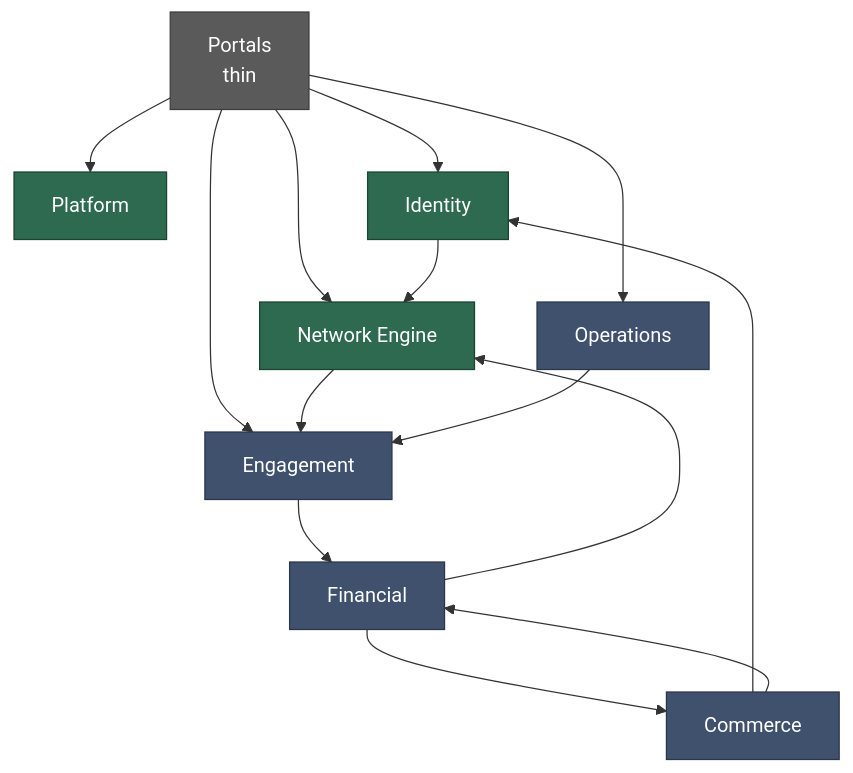
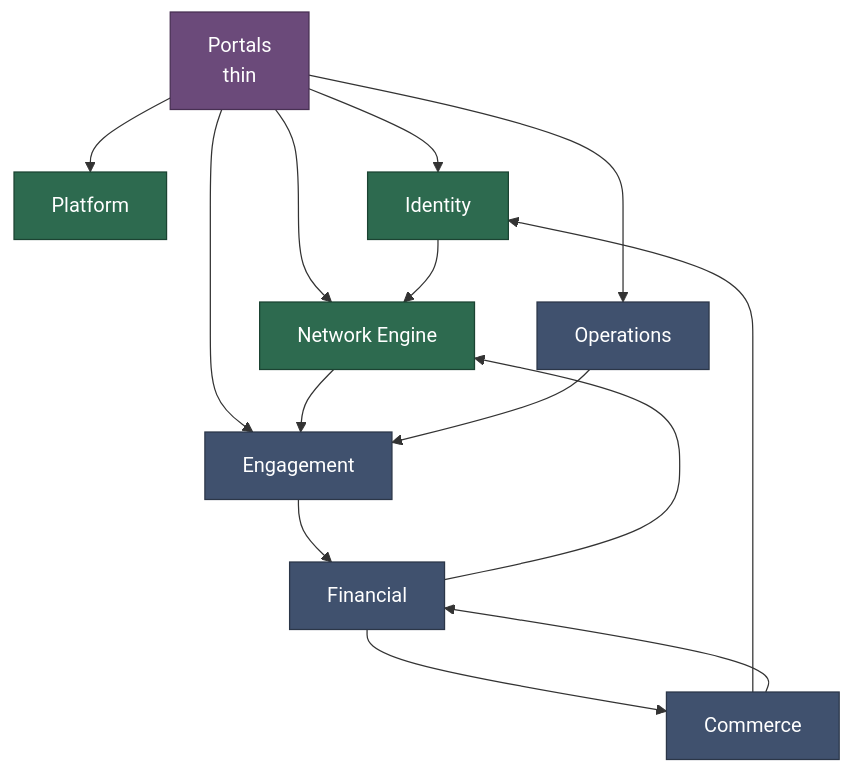
The diagram in content/design-rationale/001-bounded-contexts.md (mheuss/mlmforge), drawn with Mermaid before and after one commit. The commit also changed other lines of this file and 15 other files, not shown here.

````diff
--- a/content/design-rationale/001-bounded-contexts.md
+++ b/content/design-rationale/001-bounded-contexts.md
@@ -48,33 +48,33 @@
 ```mermaid
 flowchart TD
     por["Portals<br/>thin"]
     pf["Platform"]
     id["Identity"]
     ne["Network Engine"]
     fin["Financial"]
     com["Commerce"]
     eng["Engagement"]
     ops["Operations"]
 
     por --> pf
     por --> id
     por --> ne
     por --> eng
     por --> ops
 
     com --> id
     com --> fin
     fin --> com
     fin --> ne
     id --> ne
     ne --> eng
     eng --> fin
     ops --> eng
 
     classDef foundation fill:#2d6a4f,stroke:#1b4332,color:#fff
     classDef business fill:#40516e,stroke:#2b3648,color:#fff
-    classDef consumer fill:#5a5a5a,stroke:#3d3d3d,color:#fff
+    classDef consumer fill:#6b4a7a,stroke:#472f52,color:#fff
     class pf,id,ne foundation
     class fin,com,eng,ops business
     class por consumer
 ```
````
